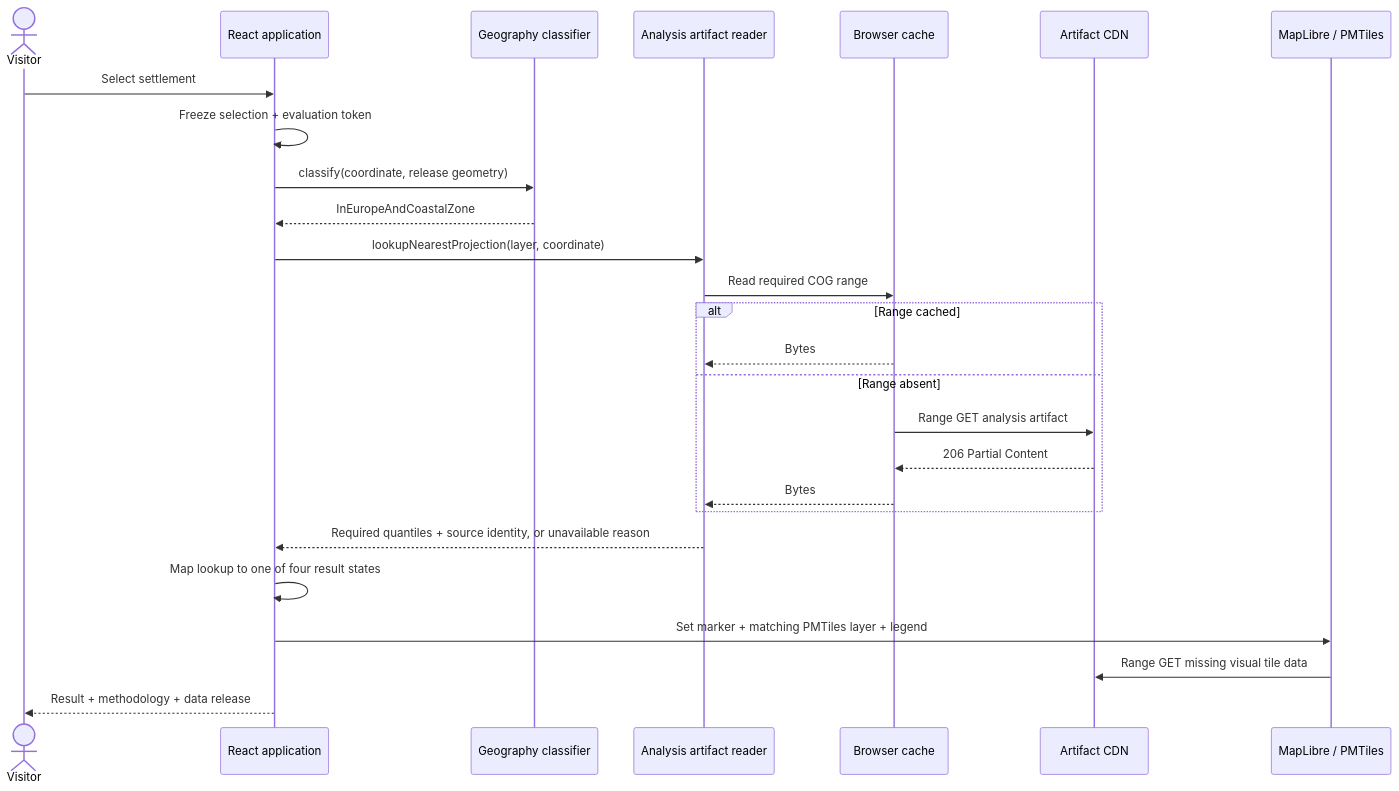
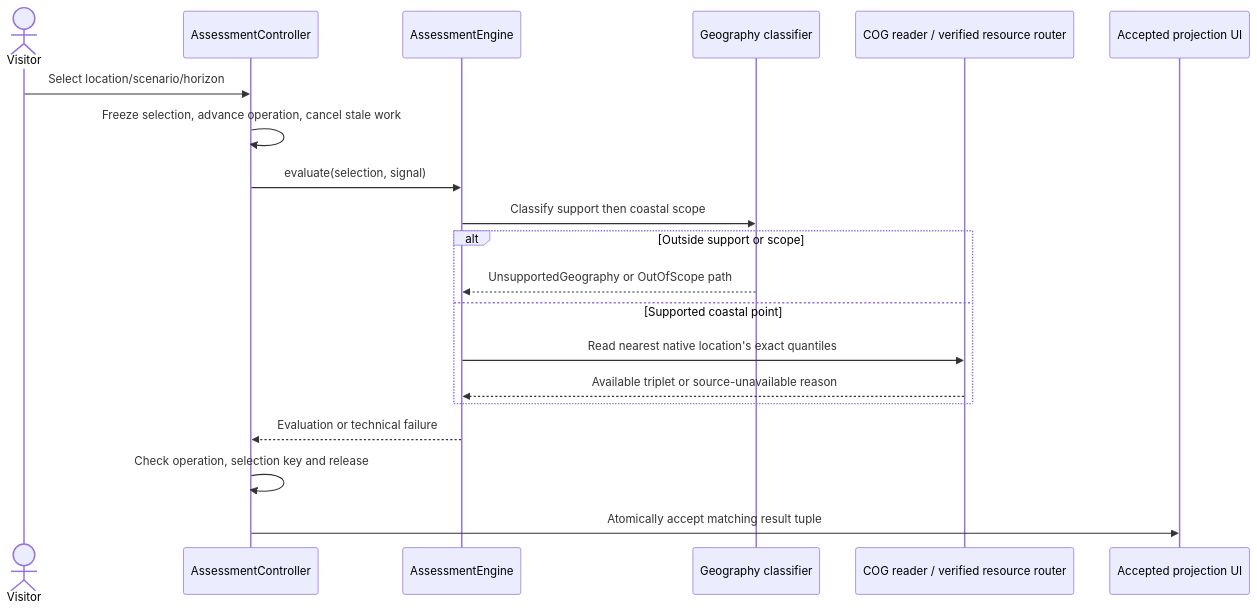
The third of 3 diagrams in docs/architecture/04-runtime-sequences.md (artemsemdev/SeaRise-Europe), drawn with Mermaid before and after one commit. The commit also changed other lines of this file and 1 other file, not shown here.

Commit message:
docs(architecture): describe atlas and projection runtime sequences

````diff
--- a/docs/architecture/04-runtime-sequences.md
+++ b/docs/architecture/04-runtime-sequences.md
@@ -81,29 +113,22 @@
 ```mermaid
 sequenceDiagram
     actor U as Visitor
-    participant UI as React application
+    participant C as AssessmentController
+    participant E as AssessmentEngine
     participant G as Geography classifier
-    participant A as Analysis artifact reader
-    participant C as Browser cache
-    participant CDN as Artifact CDN
-    participant Map as MapLibre / PMTiles
-
-    U->>UI: Select settlement
-    UI->>UI: Freeze selection + evaluation token
-    UI->>G: classify(coordinate, release geometry)
-    G-->>UI: InEuropeAndCoastalZone
-    UI->>A: lookupNearestProjection(layer, coordinate)
-    A->>C: Read required COG range
-    alt Range cached
-        C-->>A: Bytes
-    else Range absent
-        C->>CDN: Range GET analysis artifact
-        CDN-->>C: 206 Partial Content
-        C-->>A: Bytes
+    participant R as COG reader / verified resource router
+    participant UI as Accepted projection UI
+    U->>C: Select location/scenario/horizon
+    C->>C: Freeze selection, advance operation, cancel stale work
+    C->>E: evaluate(selection, signal)
+    E->>G: Classify support then coastal scope
+    alt Outside support or scope
+        G-->>E: UnsupportedGeography or OutOfScope path
+    else Supported coastal point
+        E->>R: Read nearest native location's exact quantiles
+        R-->>E: Available triplet or source-unavailable reason
     end
-    A-->>UI: Required quantiles + source identity, or unavailable reason
-    UI->>UI: Map lookup to one of four result states
-    UI->>Map: Set marker + matching PMTiles layer + legend
-    Map->>CDN: Range GET missing visual tile data
-    UI-->>U: Result + methodology + data release
+    E-->>C: Evaluation or technical failure
+    C->>C: Check operation, selection key and release
+    C->>UI: Atomically accept matching result tuple
 ```
````
